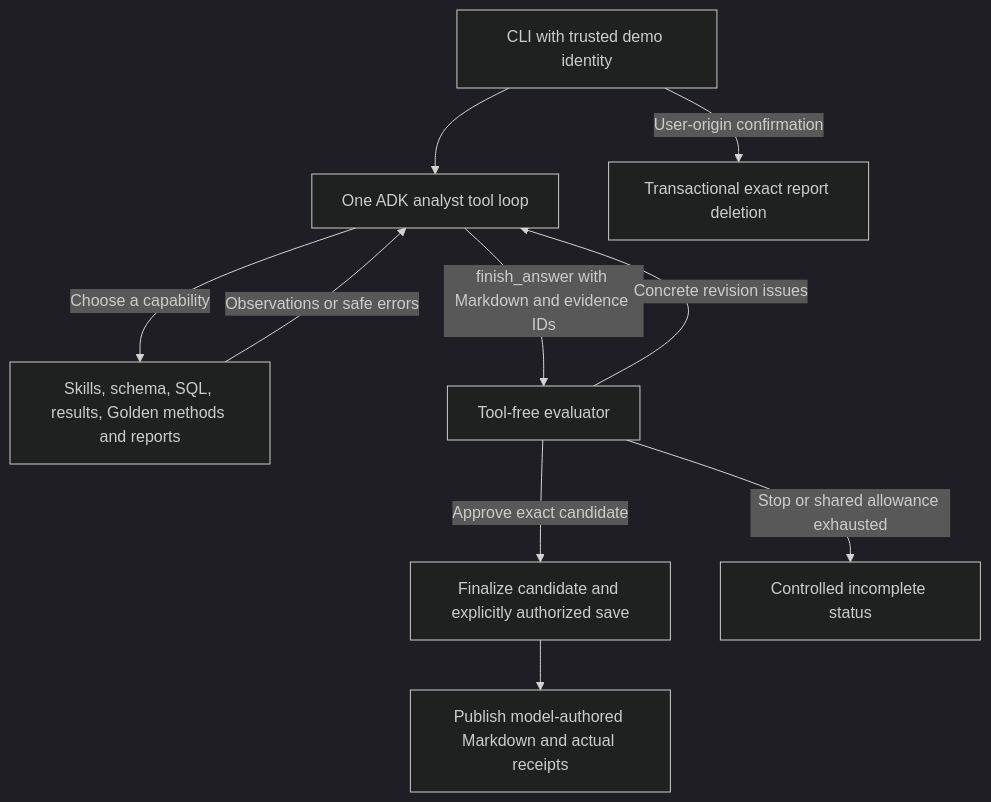
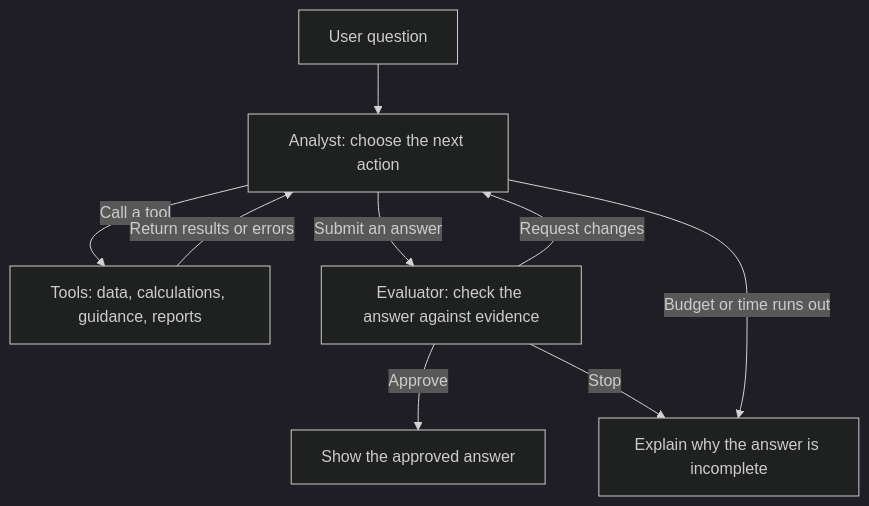
The diagram in docs/architecture.md (tymek100/opsfleet-task), drawn with Mermaid (dark theme) before and after one commit. The commit also changed other lines of this file and 38 other files, not shown here.

````diff
--- a/docs/architecture.md
+++ b/docs/architecture.md
@@ -21,12 +15,11 @@
 ```mermaid
 flowchart TD
-    U[CLI with trusted demo identity] --> A[One ADK analyst tool loop]
-    A -->|Choose a capability| T[Skills, schema, SQL, results, Golden methods and reports]
-    T -->|Observations or safe errors| A
-    A -->|finish_answer with Markdown and evidence IDs| E[Tool-free evaluator]
-    E -->|Concrete revision issues| A
-    E -->|Approve exact candidate| S[Finalize candidate and explicitly authorized save]
-    S --> F[Publish model-authored Markdown and actual receipts]
-    E -->|Stop or shared allowance exhausted| X[Controlled incomplete status]
-    U -->|User-origin confirmation| D[Transactional exact report deletion]
+    U[User question] --> A[Analyst: choose the next action]
+    A -->|Call a tool| T[Tools: data, calculations, guidance, reports]
+    T -->|Return results or errors| A
+    A -->|Submit an answer| E[Evaluator: check the answer against evidence]
+    E -->|Request changes| A
+    E -->|Approve| F[Show the approved answer]
+    E -->|Stop| X[Explain why the answer is incomplete]
+    A -->|Budget or time runs out| X
 ```
````
